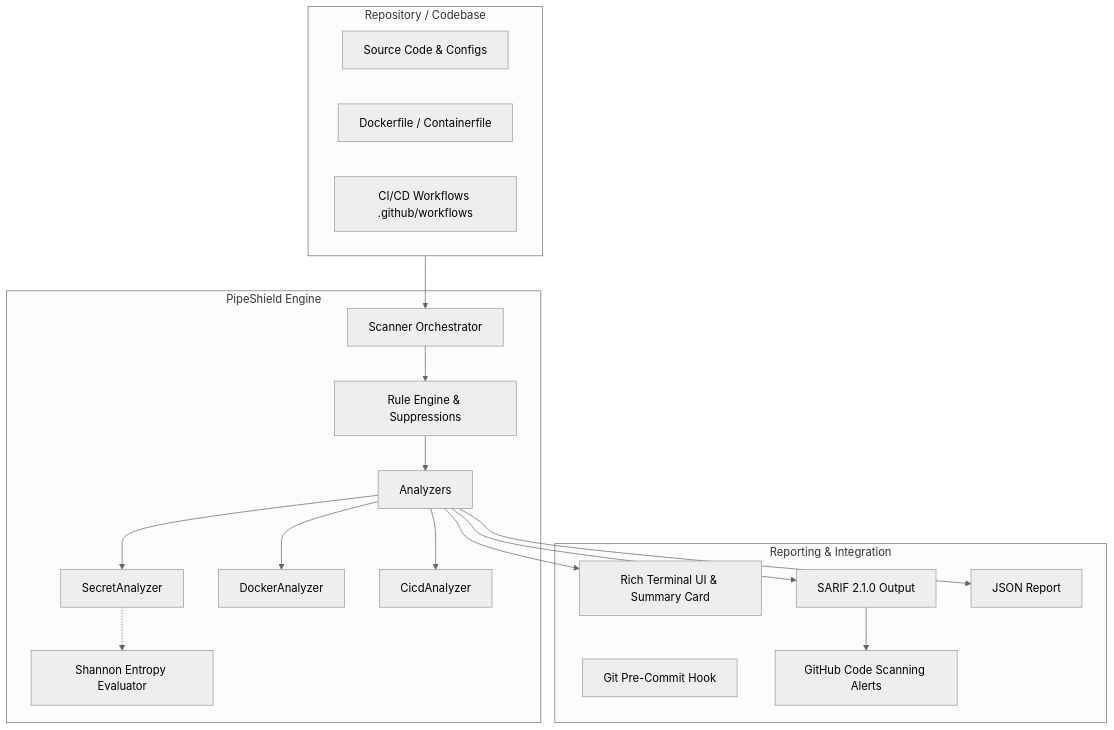
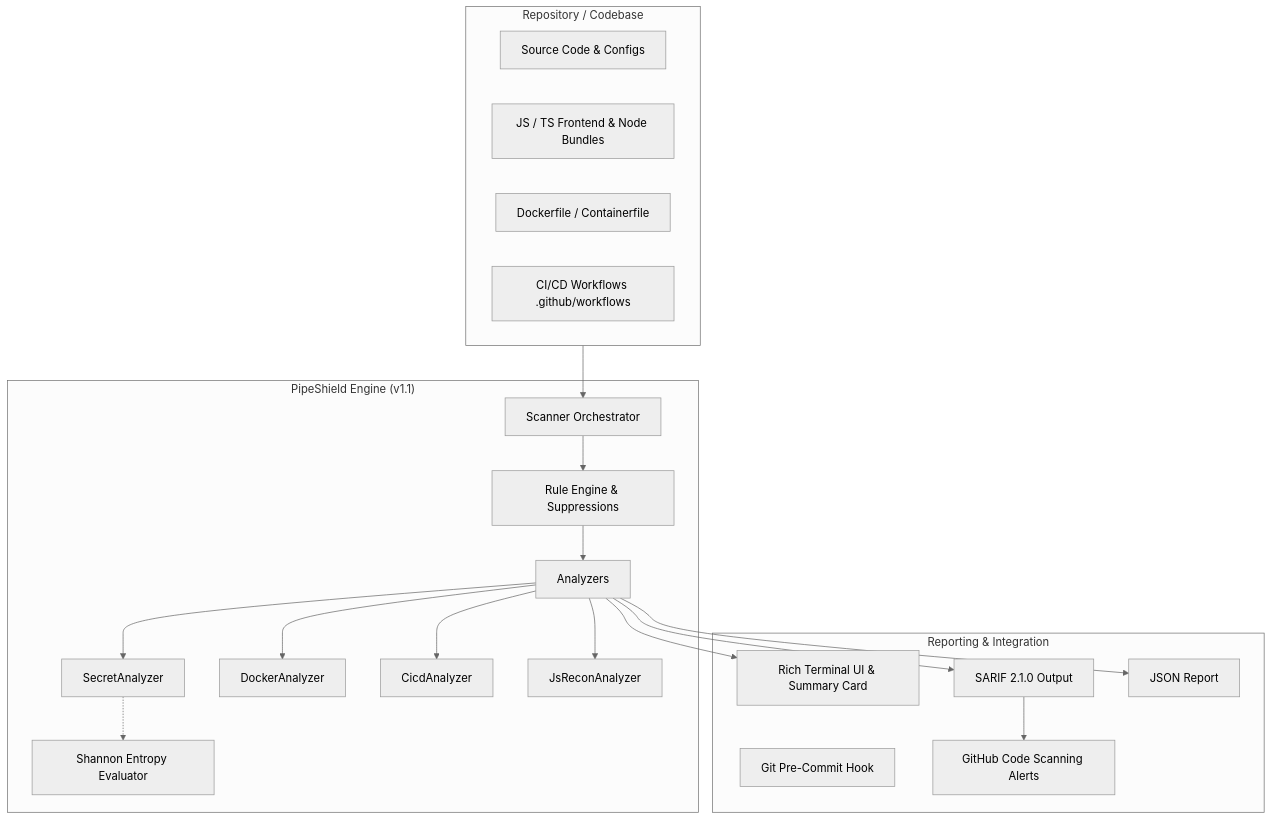
Before and after one commit to Voobrazhenie21-lab/pipeshield: the diagram in README.md, drawn with Mermaid (neutral theme). The commit also changed other lines of this file and 9 other files, not shown here.

Commit message:
feat(js-recon): add JsReconAnalyzer (PS-JS-001..005) for JS/TS endpoint recon, DOM XSS sinks, sourcemaps, and internal IP leaks (v1.1.0)

````diff
--- a/README.md
+++ b/README.md
@@ -32,37 +33,39 @@
 ```mermaid
 flowchart TD
     subgraph Input ["Repository / Codebase"]
         A[Source Code & Configs]
+        A2[JS / TS Frontend & Node Bundles]
         B[Dockerfile / Containerfile]
         C[CI/CD Workflows .github/workflows]
     end
 
-    subgraph Core ["PipeShield Engine"]
+    subgraph Core ["PipeShield Engine (v1.1)"]
         D[Scanner Orchestrator]
         E[Shannon Entropy Evaluator]
         F[Rule Engine & Suppressions]
         G[Analyzers]
         
         G --> G1[SecretAnalyzer]
         G --> G2[DockerAnalyzer]
         G --> G3[CicdAnalyzer]
+        G --> G4[JsReconAnalyzer]
         
         G1 -.-> E
     end
 
     subgraph Output ["Reporting & Integration"]
         H1[Rich Terminal UI & Summary Card]
         H2[SARIF 2.1.0 Output]
         H3[JSON Report]
         H4[Git Pre-Commit Hook]
         H5[GitHub Code Scanning Alerts]
     end
 
     Input --> D
     D --> F
     F --> G
     G --> H1
     G --> H2
     G --> H3
     H2 --> H5
 ```
````
